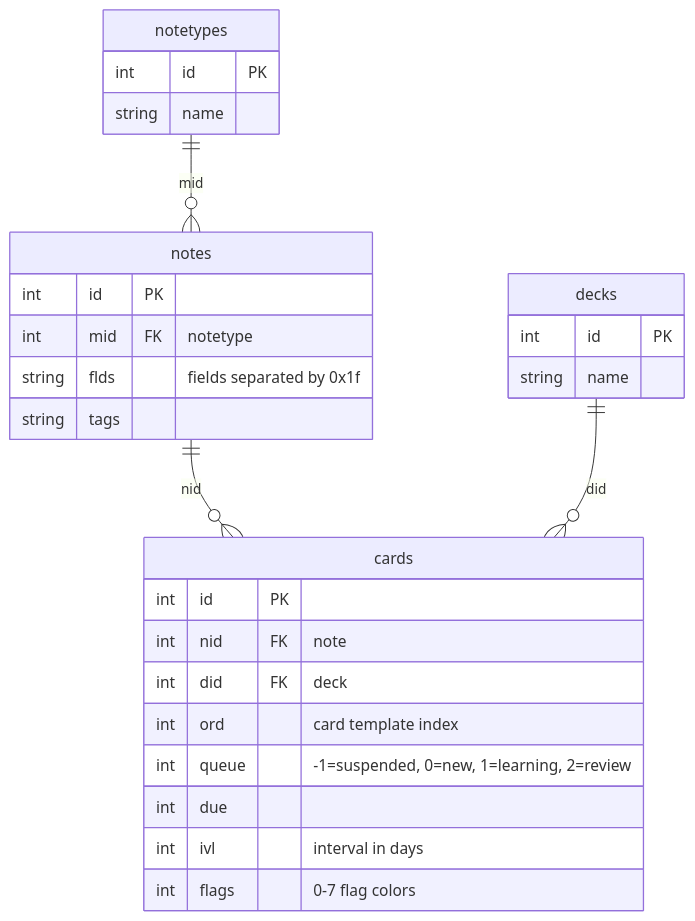
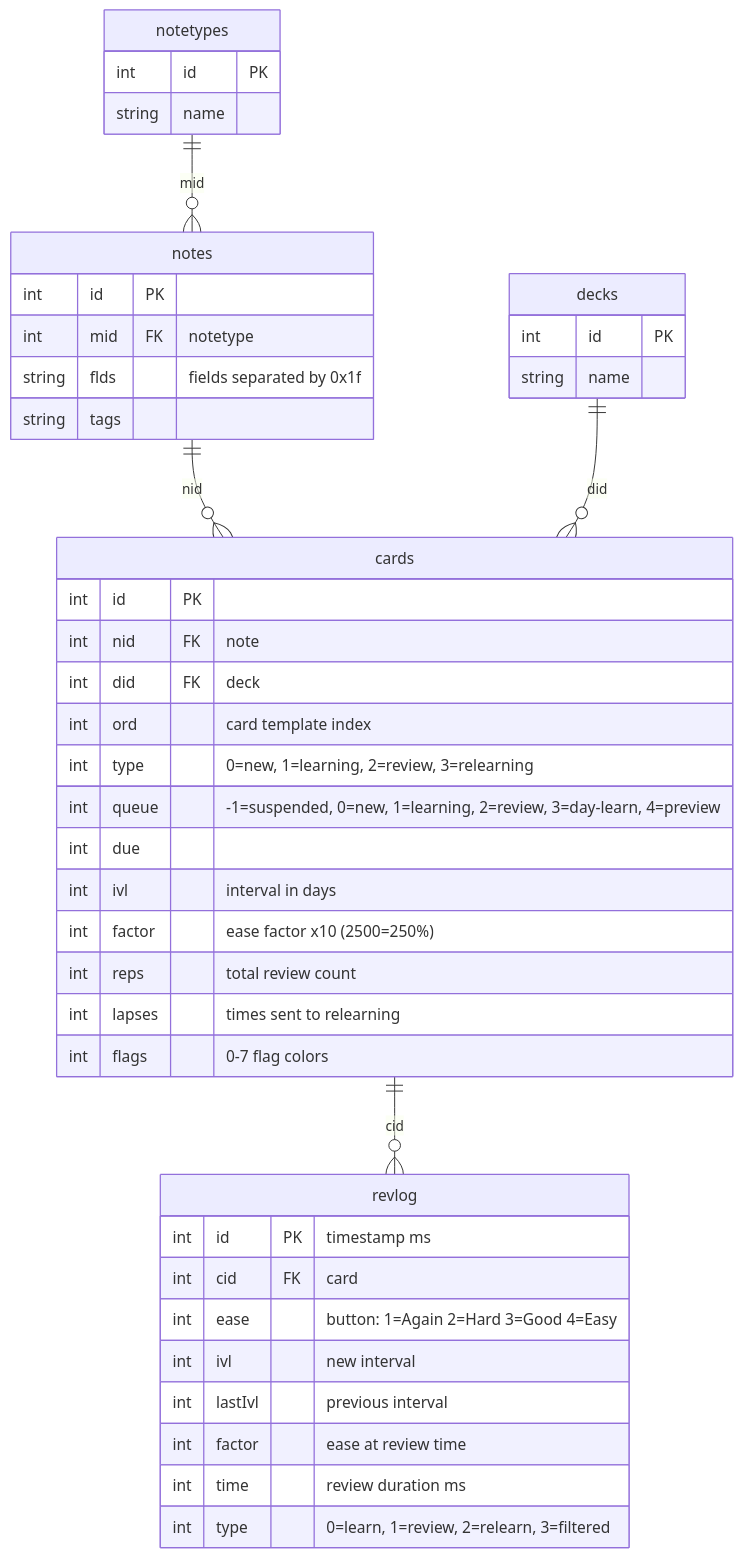
One commit to hi-ogawa/anki-tools changed the diagram in docs/anki-schema.md. Above: the diagram before and after it, drawn with Mermaid. The commit also changed other lines of this file and 9 other files, not shown here.

````diff
--- a/docs/anki-schema.md
+++ b/docs/anki-schema.md
@@ -7,34 +7,50 @@
 ```mermaid
 erDiagram
     notetypes ||--o{ notes : "mid"
     notes ||--o{ cards : "nid"
     decks ||--o{ cards : "did"
+    cards ||--o{ revlog : "cid"
 
     notetypes {
         int id PK
         string name
     }
 
     notes {
         int id PK
         int mid FK "notetype"
         string flds "fields separated by 0x1f"
         string tags
     }
 
     cards {
         int id PK
         int nid FK "note"
         int did FK "deck"
         int ord "card template index"
-        int queue "-1=suspended, 0=new, 1=learning, 2=review"
+        int type "0=new, 1=learning, 2=review, 3=relearning"
+        int queue "-1=suspended, 0=new, 1=learning, 2=review, 3=day-learn, 4=preview"
         int due
         int ivl "interval in days"
+        int factor "ease factor x10 (2500=250%)"
+        int reps "total review count"
+        int lapses "times sent to relearning"
         int flags "0-7 flag colors"
     }
 
     decks {
         int id PK
         string name
     }
+
+    revlog {
+        int id PK "timestamp ms"
+        int cid FK "card"
+        int ease "button: 1=Again 2=Hard 3=Good 4=Easy"
+        int ivl "new interval"
+        int lastIvl "previous interval"
+        int factor "ease at review time"
+        int time "review duration ms"
+        int type "0=learn, 1=review, 2=relearn, 3=filtered"
+    }
 ```
````
